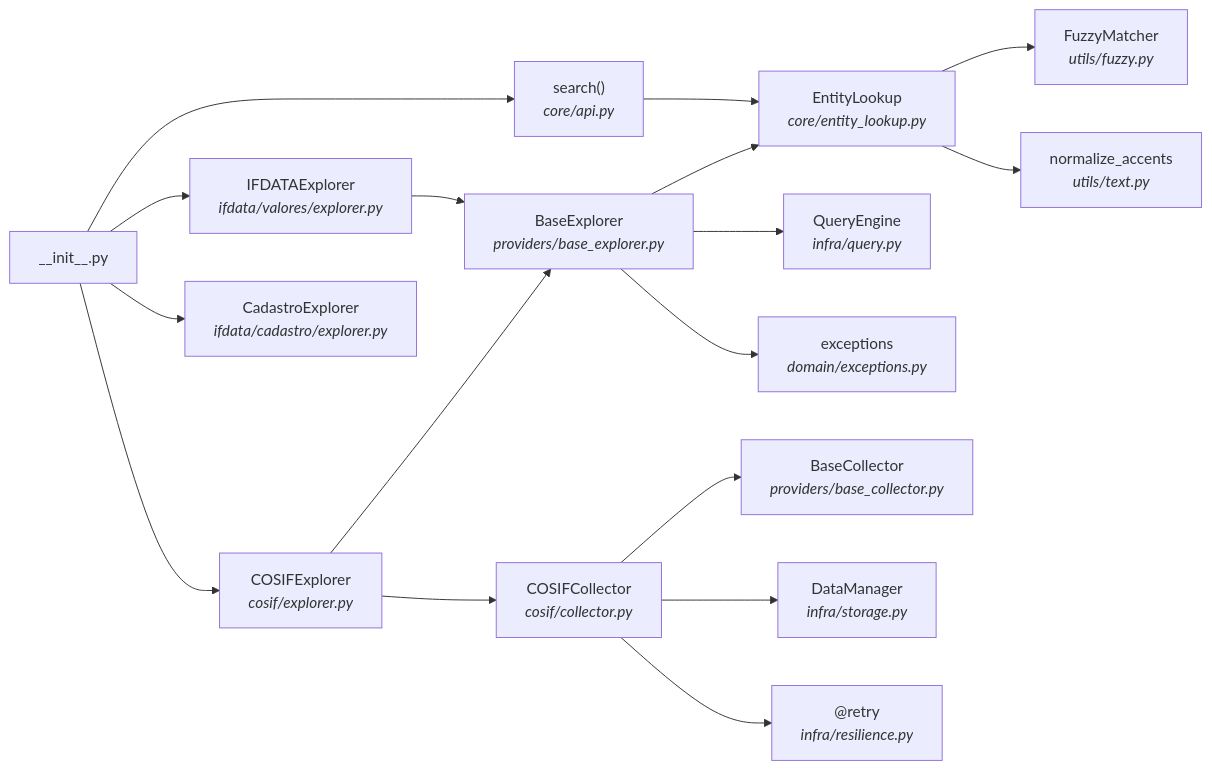
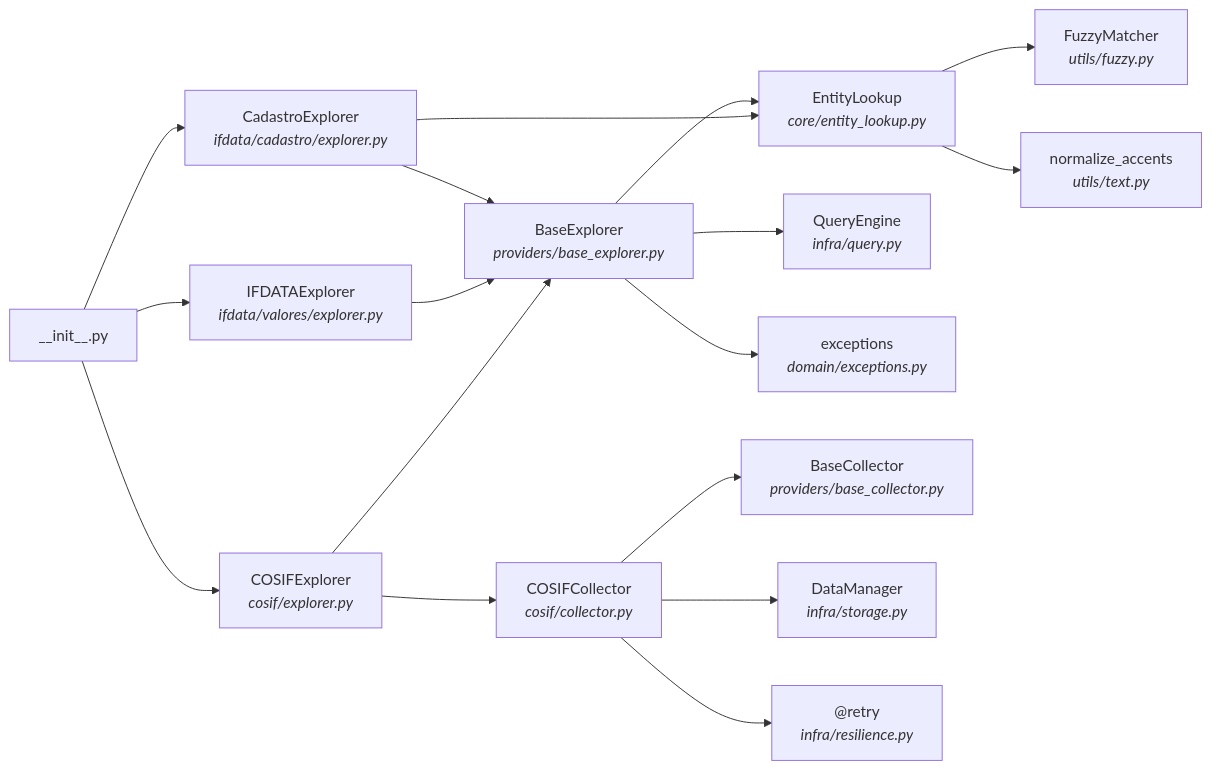
The second of 2 diagrams in docs/internals/architecture.md (enzoomoreira/ifdata-bcb), drawn with Mermaid before and after one commit. The commit also changed other lines of this file and 36 other files, not shown here.

First line of the commit message:
refactor!: replace requests with httpx, add generic list/search API

````diff
--- a/docs/internals/architecture.md
+++ b/docs/internals/architecture.md
@@ -359,35 +353,34 @@
 ```mermaid
 graph LR
     init["__init__.py"]
 
     cosif_exp["COSIFExplorer<br/><i>cosif/explorer.py</i>"]
     ifdata_exp["IFDATAExplorer<br/><i>ifdata/valores/explorer.py</i>"]
     cadastro_exp["CadastroExplorer<br/><i>ifdata/cadastro/explorer.py</i>"]
-    api["search()<br/><i>core/api.py</i>"]
 
     base_exp["BaseExplorer<br/><i>providers/base_explorer.py</i>"]
     entity["EntityLookup<br/><i>core/entity_lookup.py</i>"]
     query["QueryEngine<br/><i>infra/query.py</i>"]
     exceptions["exceptions<br/><i>domain/exceptions.py</i>"]
 
     cosif_col["COSIFCollector<br/><i>cosif/collector.py</i>"]
     base_col["BaseCollector<br/><i>providers/base_collector.py</i>"]
     storage["DataManager<br/><i>infra/storage.py</i>"]
     resilience["@retry<br/><i>infra/resilience.py</i>"]
 
     fuzzy["FuzzyMatcher<br/><i>utils/fuzzy.py</i>"]
     text["normalize_accents<br/><i>utils/text.py</i>"]
 
-    init --> cosif_exp & ifdata_exp & cadastro_exp & api
+    init --> cosif_exp & ifdata_exp & cadastro_exp
 
     cosif_exp --> base_exp
     cosif_exp --> cosif_col
     ifdata_exp --> base_exp
+    cadastro_exp --> base_exp & entity
 
     base_exp --> entity & query & exceptions
 
     cosif_col --> base_col & storage & resilience
 
-    api --> entity
     entity --> fuzzy & text
 ```
````
